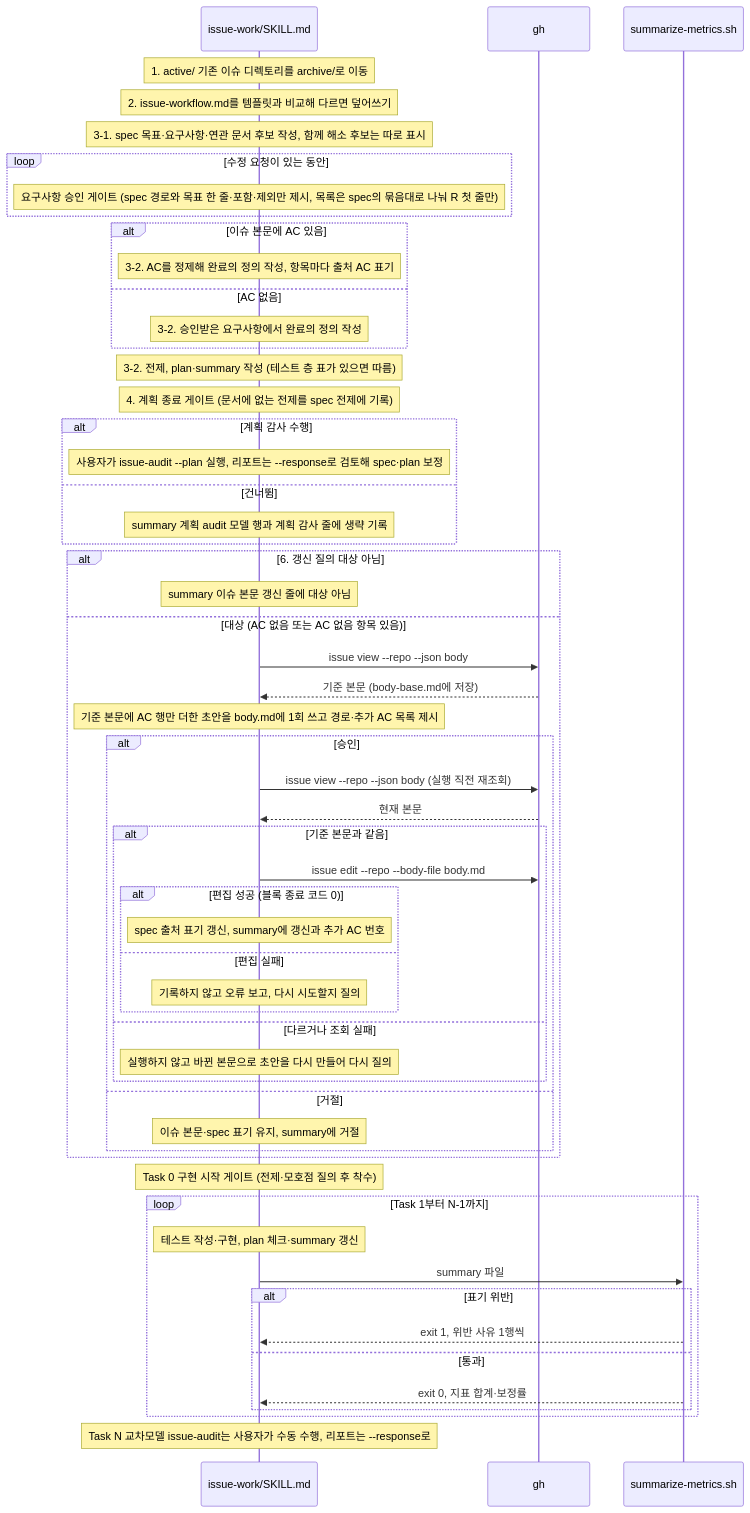
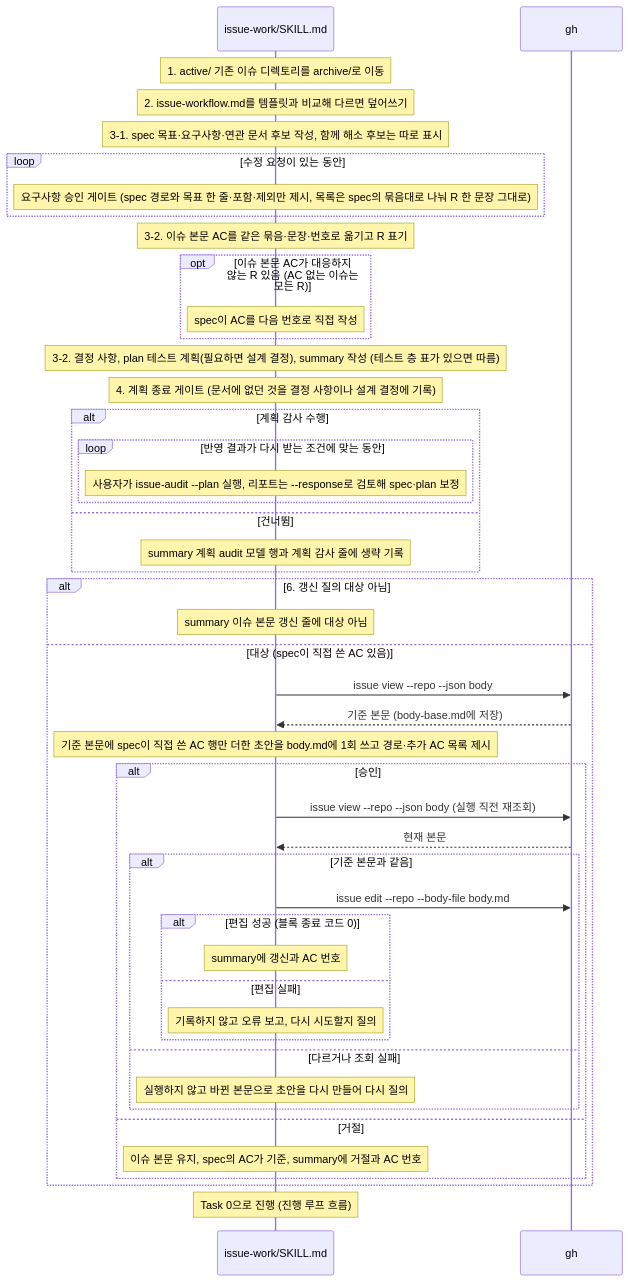
The diagram in .ai/60_codebase/issue-work/start-call-flow.md (scroogy-dev/scroogy-agent-skills), drawn with Mermaid before and after one commit. The commit also changed other lines of this file and 11 other files, not shown here.

Commit message:
docs: 코드맵에 issue-work 진행 루프 흐름을 더하고 issue-work·issue-audit·git-pr 흐름을 새 절차로 동기화 (#145)

````diff
--- a/.ai/60_codebase/issue-work/start-call-flow.md
+++ b/.ai/60_codebase/issue-work/start-call-flow.md
@@ -43,59 +45,49 @@
 ```mermaid
 sequenceDiagram
     participant SK as issue-work/SKILL.md
     participant GH as gh
-    participant SM as summarize-metrics.sh
 
     Note over SK: 1. active/ 기존 이슈 디렉토리를 archive/로 이동
     Note over SK: 2. issue-workflow.md를 템플릿과 비교해 다르면 덮어쓰기
     Note over SK: 3-1. spec 목표·요구사항·연관 문서 후보 작성, 함께 해소 후보는 따로 표시
     loop 수정 요청이 있는 동안
-        Note over SK: 요구사항 승인 게이트 (spec 경로와 목표 한 줄·포함·제외만 제시, 목록은 spec의 묶음대로 나눠 R 첫 줄만)
+        Note over SK: 요구사항 승인 게이트 (spec 경로와 목표 한 줄·포함·제외만 제시, 목록은 spec의 묶음대로 나눠 R 한 문장 그대로)
     end
-    alt 이슈 본문에 AC 있음
-        Note over SK: 3-2. AC를 정제해 완료의 정의 작성, 항목마다 출처 AC 표기
-    else AC 없음
-        Note over SK: 3-2. 승인받은 요구사항에서 완료의 정의 작성
+    Note over SK: 3-2. 이슈 본문 AC를 같은 묶음·문장·번호로 옮기고 R 표기
+    opt 이슈 본문 AC가 대응하지 않는 R 있음 (AC 없는 이슈는 모든 R)
+        Note over SK: spec이 AC를 다음 번호로 직접 작성
     end
-    Note over SK: 3-2. 전제, plan·summary 작성 (테스트 층 표가 있으면 따름)
-    Note over SK: 4. 계획 종료 게이트 (문서에 없는 전제를 spec 전제에 기록)
+    Note over SK: 3-2. 결정 사항, plan 테스트 계획(필요하면 설계 결정), summary 작성 (테스트 층 표가 있으면 따름)
+    Note over SK: 4. 계획 종료 게이트 (문서에 없던 것을 결정 사항이나 설계 결정에 기록)
     alt 계획 감사 수행
-        Note over SK: 사용자가 issue-audit --plan 실행, 리포트는 --response로 검토해 spec·plan 보정
+        loop 반영 결과가 다시 받는 조건에 맞는 동안
+            Note over SK: 사용자가 issue-audit --plan 실행, 리포트는 --response로 검토해 spec·plan 보정
+        end
     else 건너뜀
         Note over SK: summary 계획 audit 모델 행과 계획 감사 줄에 생략 기록
     end
     alt 6. 갱신 질의 대상 아님
         Note over SK: summary 이슈 본문 갱신 줄에 대상 아님
-    else 대상 (AC 없음 또는 AC 없음 항목 있음)
+    else 대상 (spec이 직접 쓴 AC 있음)
         SK->>GH: issue view --repo --json body
         GH-->>SK: 기준 본문 (body-base.md에 저장)
-        Note over SK: 기준 본문에 AC 행만 더한 초안을 body.md에 1회 쓰고 경로·추가 AC 목록 제시
+        Note over SK: 기준 본문에 spec이 직접 쓴 AC 행만 더한 초안을 body.md에 1회 쓰고 경로·추가 AC 목록 제시
         alt 승인
             SK->>GH: issue view --repo --json body (실행 직전 재조회)
             GH-->>SK: 현재 본문
             alt 기준 본문과 같음
                 SK->>GH: issue edit --repo --body-file body.md
                 alt 편집 성공 (블록 종료 코드 0)
-                    Note over SK: spec 출처 표기 갱신, summary에 갱신과 추가 AC 번호
+                    Note over SK: summary에 갱신과 AC 번호
                 else 편집 실패
                     Note over SK: 기록하지 않고 오류 보고, 다시 시도할지 질의
                 end
             else 다르거나 조회 실패
                 Note over SK: 실행하지 않고 바뀐 본문으로 초안을 다시 만들어 다시 질의
             end
         else 거절
-            Note over SK: 이슈 본문·spec 표기 유지, summary에 거절
+            Note over SK: 이슈 본문 유지, spec의 AC가 기준, summary에 거절과 AC 번호
         end
     end
-    Note over SK: Task 0 구현 시작 게이트 (전제·모호점 질의 후 착수)
-    loop Task 1부터 N-1까지
-        Note over SK: 테스트 작성·구현, plan 체크·summary 갱신
-        SK->>SM: summary 파일
-        alt 표기 위반
-            SM-->>SK: exit 1, 위반 사유 1행씩
-        else 통과
-            SM-->>SK: exit 0, 지표 합계·보정률
-        end
-    end
-    Note over SK: Task N 교차모델 issue-audit는 사용자가 수동 수행, 리포트는 --response로
+    Note over SK: Task 0으로 진행 (진행 루프 흐름)
 ```
````
